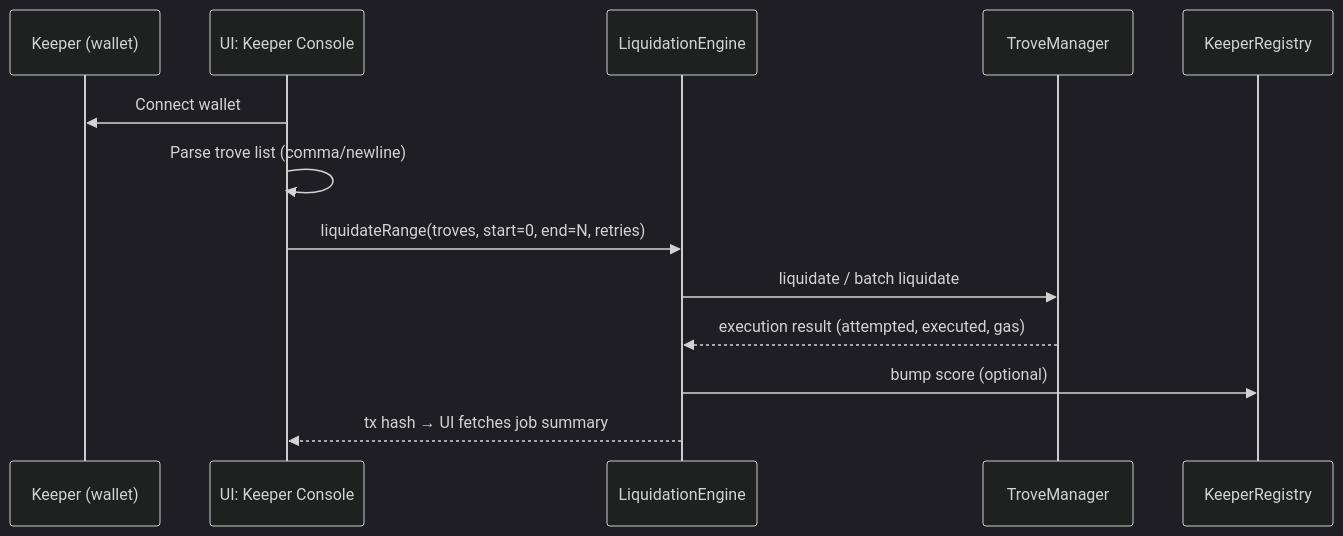
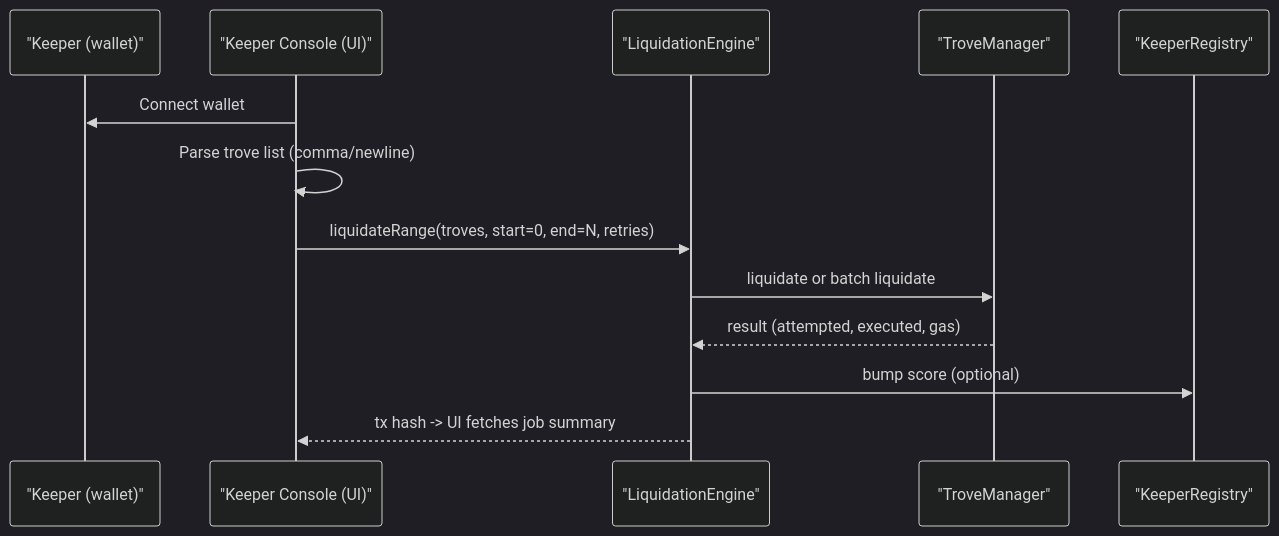
Before and after one commit to VitalR/mezo-trovepilot: the second of 3 diagrams in docs/ARCHITECTURE.md, drawn with Mermaid (dark theme). The commit also changed other lines of this file and 1 other file, not shown here.

Commit message:
🏆 docs: polish README & architecture diagrams post-hackathon win

````diff
--- a/docs/ARCHITECTURE.md
+++ b/docs/ARCHITECTURE.md
@@ -45,16 +48,16 @@
 ```mermaid
 sequenceDiagram
-  participant K as Keeper (wallet)
-  participant UI as UI: Keeper Console
-  participant LE as LiquidationEngine
-  participant TM as TroveManager
-  participant KR as KeeperRegistry
+    participant K as "Keeper (wallet)"
+    participant UI as "Keeper Console (UI)"
+    participant LE as "LiquidationEngine"
+    participant TM as "TroveManager"
+    participant KR as "KeeperRegistry"
 
-  UI->>K: Connect wallet
-  UI->>UI: Parse trove list (comma/newline)
-  UI->>LE: liquidateRange(troves, start=0, end=N, retries)
-  LE->>TM: liquidate / batch liquidate
-  TM-->>LE: execution result (attempted, executed, gas)
-  LE->>KR: bump score (optional)
-  LE-->>UI: tx hash → UI fetches job summary
+    UI->>K: Connect wallet
+    UI->>UI: Parse trove list (comma/newline)
+    UI->>LE: liquidateRange(troves, start=0, end=N, retries)
+    LE->>TM: liquidate or batch liquidate
+    TM-->>LE: result (attempted, executed, gas)
+    LE->>KR: bump score (optional)
+    LE-->>UI: tx hash -> UI fetches job summary
 ```
````
